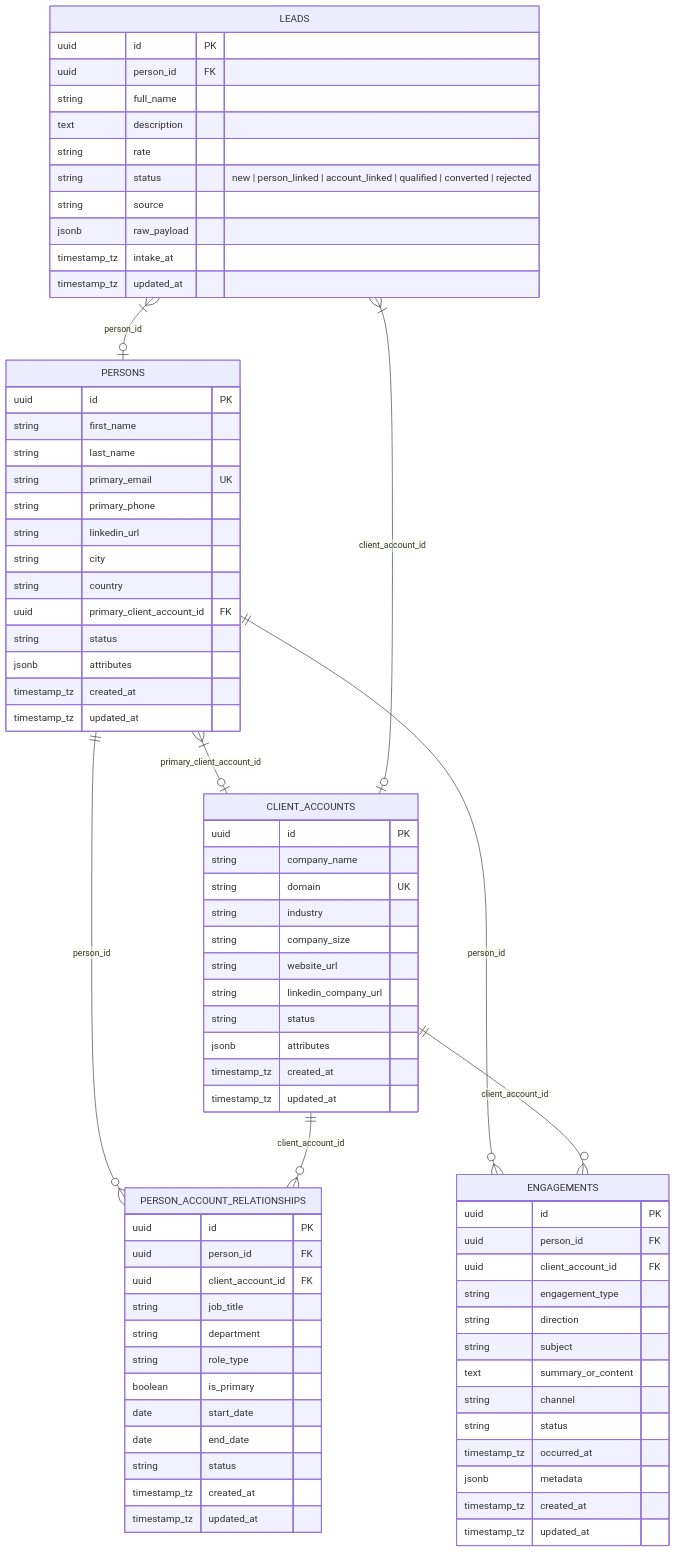
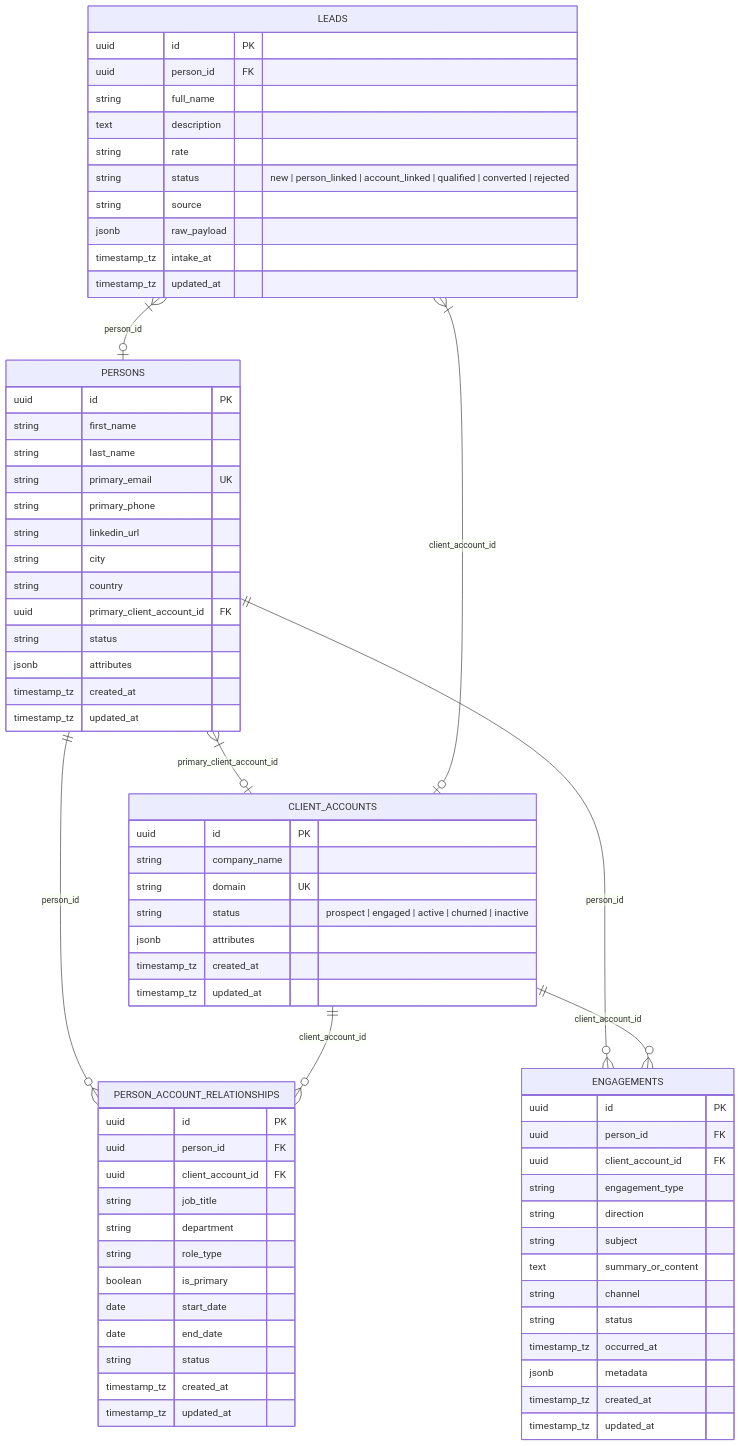
Before and after one commit to Data-Biz-AI-Consultancy/Jager: the diagram in src/db/README.md, drawn with Mermaid. The commit also changed 2 other files, not shown here.

Commit message:
refactor: simplify client_accounts schema by removing metadata fields and adding status documentation

```diff
--- a/src/db/README.md
+++ b/src/db/README.md
@@ -12,11 +12,7 @@
         uuid id PK
         string company_name
         string domain UK
-        string industry
-        string company_size
-        string website_url
-        string linkedin_company_url
-        string status
+        string status "prospect | engaged | active | churned | inactive"
         jsonb attributes
         timestamp_tz created_at
         timestamp_tz updated_at
```
